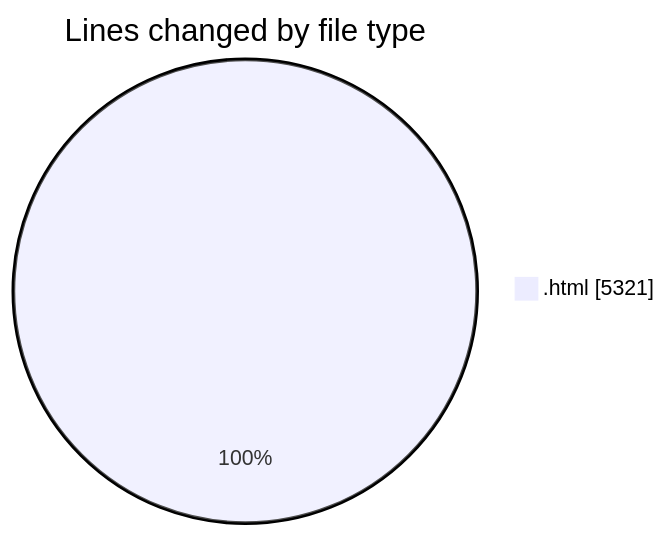
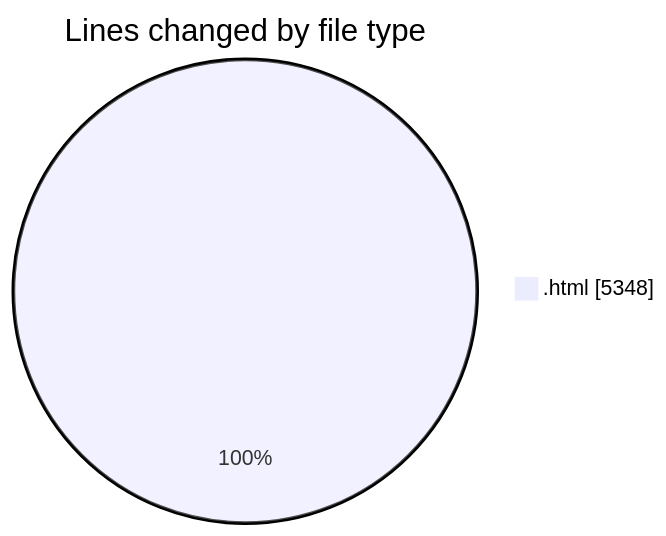
Before and after one commit to Ritupan-Deka/code-tracking: the first of 2 diagrams in 2025-06-17/projects/README.md, drawn with Mermaid. The commit also changed other lines of this file and 1 other file, not shown here.

````diff
--- a/2025-06-17/projects/README.md
+++ b/2025-06-17/projects/README.md
@@ -21,5 +21,5 @@
 ```mermaid
 pie showData
 title Lines changed by file type
-".html" : 5321
+".html" : 5348
 ```
````
